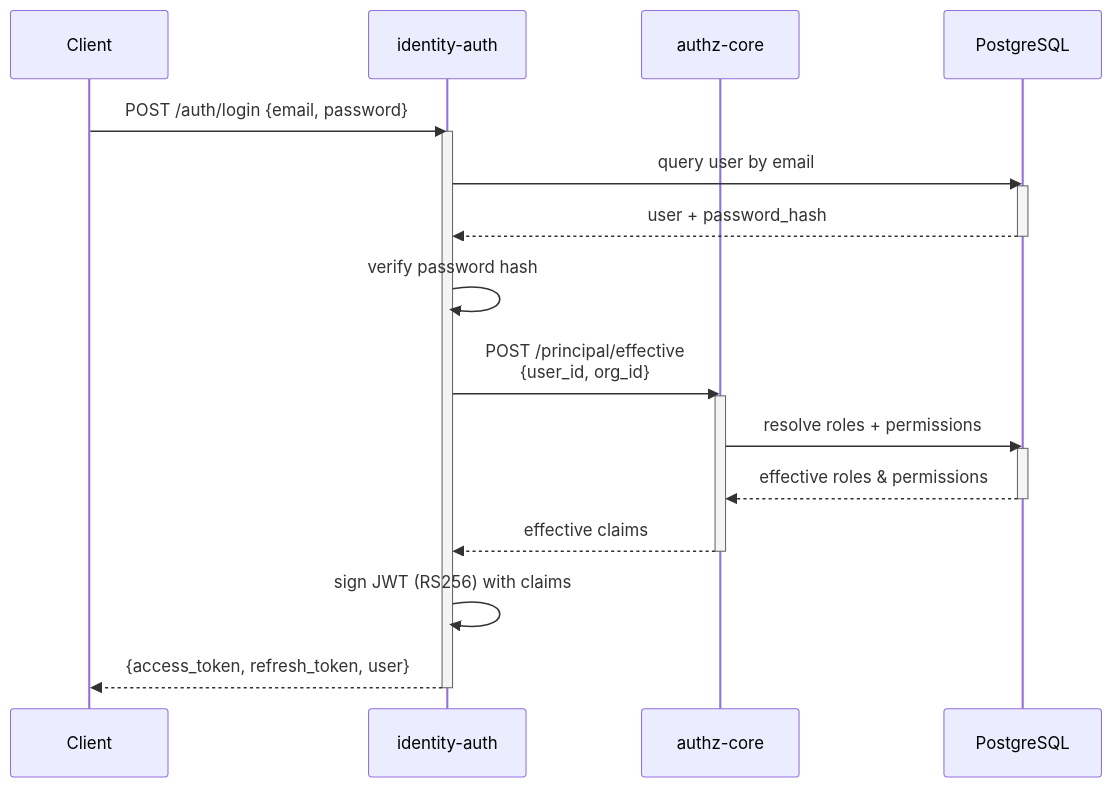
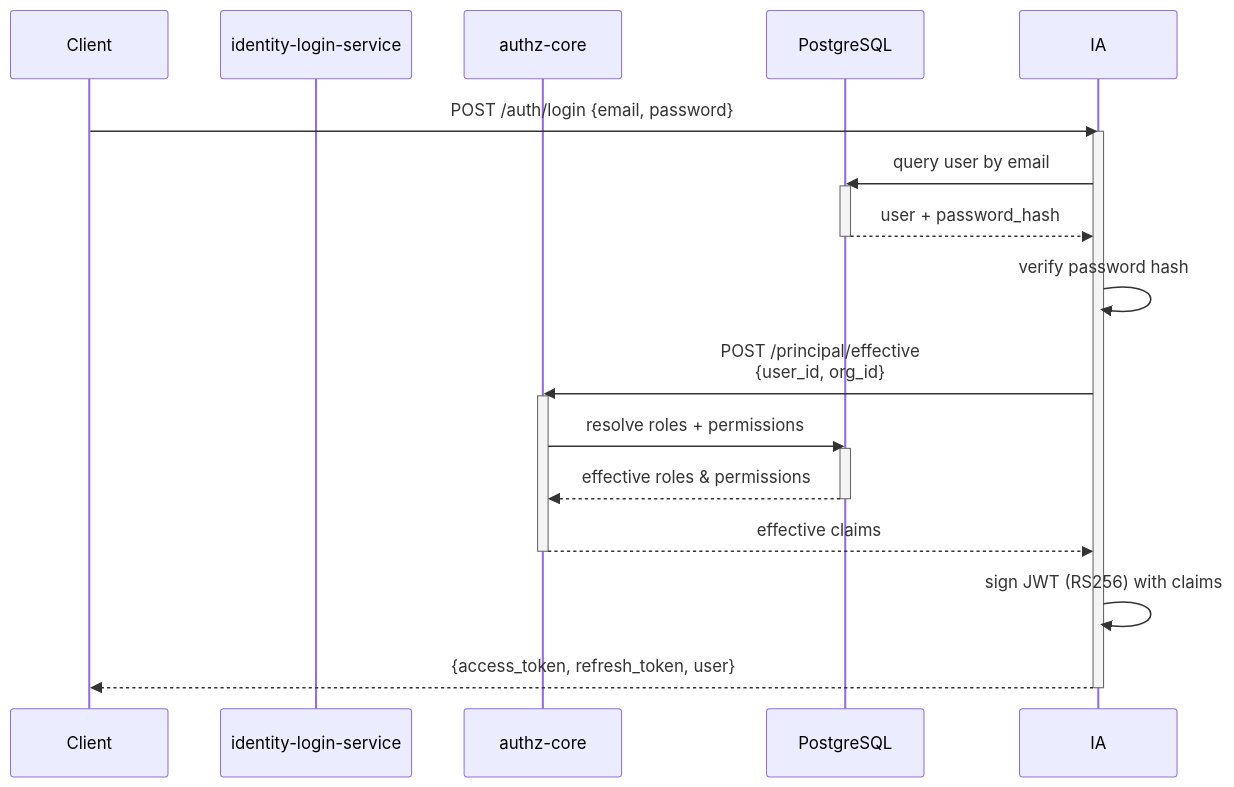
The second of 4 diagrams in docs/mermaid/sequence.md (microscaler/sesame-idam), drawn with Mermaid before and after one commit. The commit also changed other lines of this file and 7 other files, not shown here.

First line of the commit message:
docs: fix all stale architecture references — 4→6 services, identity-auth→real names

````diff
--- a/docs/mermaid/sequence.md
+++ b/docs/mermaid/sequence.md
@@ -51,29 +51,29 @@
 ```mermaid
 sequenceDiagram
     participant Client as Client
-    participant IA as identity-auth
+    participant IL as identity-login-service
     participant AC as authz-core
     participant PG as PostgreSQL
 
     Client->>IA: POST /auth/login {email, password}
     activate IA
     IA->>PG: query user by email
     activate PG
     PG-->>IA: user + password_hash
     deactivate PG
 
     IA->>IA: verify password hash
 
     IA->>AC: POST /principal/effective<br/>{user_id, org_id}
     activate AC
     AC->>PG: resolve roles + permissions
     activate PG
     PG-->>AC: effective roles & permissions
     deactivate PG
     AC-->>IA: effective claims
     deactivate AC
 
     IA->>IA: sign JWT (RS256) with claims
     IA-->>Client: {access_token, refresh_token, user}
     deactivate IA
 ```
````
